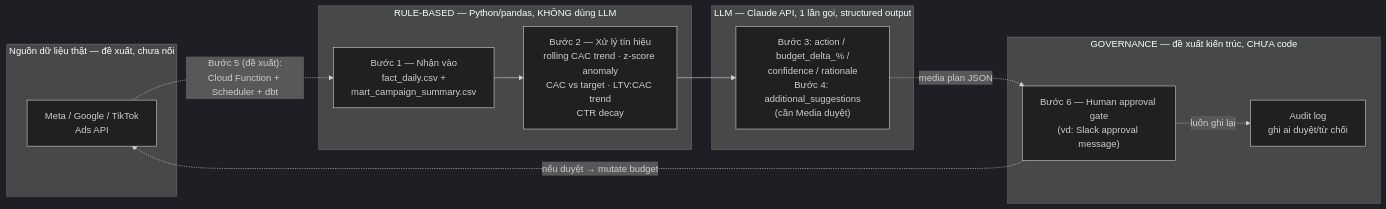
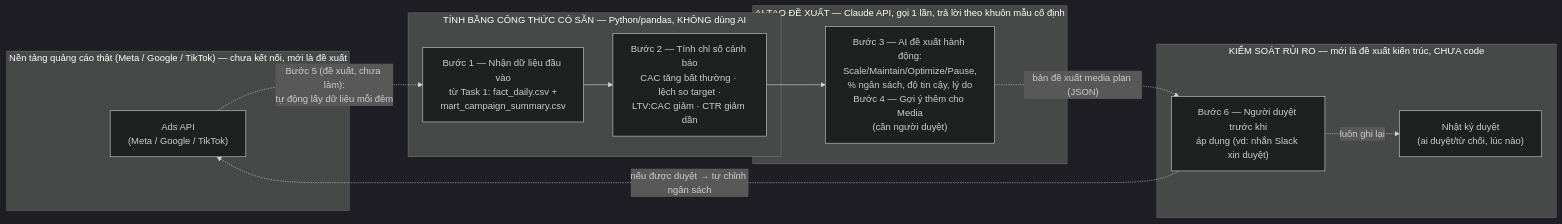
Before and after one commit to edward179/media-test-case: the second of 2 diagrams in README.md, drawn with Mermaid (dark theme). The commit also changed other lines of this file, not shown here.

Commit message:
Reword Task 2 diagram labels to plain language, drop unexplained jargon

````diff
--- a/README.md
+++ b/README.md
@@ -73,27 +73,27 @@
 ```mermaid
 flowchart LR
-    subgraph SRC["Nguồn dữ liệu thật — đề xuất, chưa nối"]
-        S0["Meta / Google / TikTok<br/>Ads API"]
+    subgraph SRC["Nền tảng quảng cáo thật (Meta / Google / TikTok) — chưa kết nối, mới là đề xuất"]
+        S0["Ads API<br/>(Meta / Google / TikTok)"]
     end
 
-    subgraph RULE["RULE-BASED — Python/pandas, KHÔNG dùng LLM"]
-        B1["Bước 1 — Nhận vào<br/>fact_daily.csv +<br/>mart_campaign_summary.csv"]
-        B2["Bước 2 — Xử lý tín hiệu<br/>rolling CAC trend · z-score anomaly<br/>CAC vs target · LTV:CAC trend<br/>CTR decay"]
+    subgraph RULE["TÍNH BẰNG CÔNG THỨC CÓ SẴN — Python/pandas, KHÔNG dùng AI"]
+        B1["Bước 1 — Nhận dữ liệu đầu vào<br/>từ Task 1: fact_daily.csv +<br/>mart_campaign_summary.csv"]
+        B2["Bước 2 — Tính chỉ số cảnh báo<br/>CAC tăng bất thường · lệch so target ·<br/>LTV:CAC giảm · CTR giảm dần"]
     end
 
-    subgraph LLM["LLM — Claude API, 1 lần gọi, structured output"]
-        B34["Bước 3: action / budget_delta_% /<br/>confidence / rationale<br/>Bước 4: additional_suggestions<br/>(cần Media duyệt)"]
+    subgraph LLM["AI TẠO ĐỀ XUẤT — Claude API, gọi 1 lần, trả lời theo khuôn mẫu cố định"]
+        B34["Bước 3 — AI đề xuất hành động:<br/>Scale/Maintain/Optimize/Pause,<br/>% ngân sách, độ tin cậy, lý do<br/>Bước 4 — Gợi ý thêm cho Media<br/>(cần người duyệt)"]
     end
 
-    subgraph GOV["GOVERNANCE — đề xuất kiến trúc, CHƯA code"]
-        B6a["Bước 6 — Human approval gate<br/>(vd: Slack approval message)"]
-        B6b["Audit log<br/>ghi ai duyệt/từ chối"]
+    subgraph GOV["KIỂM SOÁT RỦI RO — mới là đề xuất kiến trúc, CHƯA code"]
+        B6a["Bước 6 — Người duyệt trước khi<br/>áp dụng (vd: nhắn Slack xin duyệt)"]
+        B6b["Nhật ký duyệt<br/>(ai duyệt/từ chối, lúc nào)"]
     end
 
-    S0 -. "Bước 5 (đề xuất):<br/>Cloud Function + Scheduler + dbt" .-> B1
+    S0 -. "Bước 5 (đề xuất, chưa làm):<br/>tự động lấy dữ liệu mỗi đêm" .-> B1
     B1 --> B2
     B2 --> B34
-    B34 -. "media plan JSON" .-> B6a
+    B34 -. "bản đề xuất media plan (JSON)" .-> B6a
     B6a -. "luôn ghi lại" .-> B6b
-    B6a -. "nếu duyệt → mutate budget" .-> S0
+    B6a -. "nếu được duyệt → tự chỉnh ngân sách" .-> S0
 ```
````
